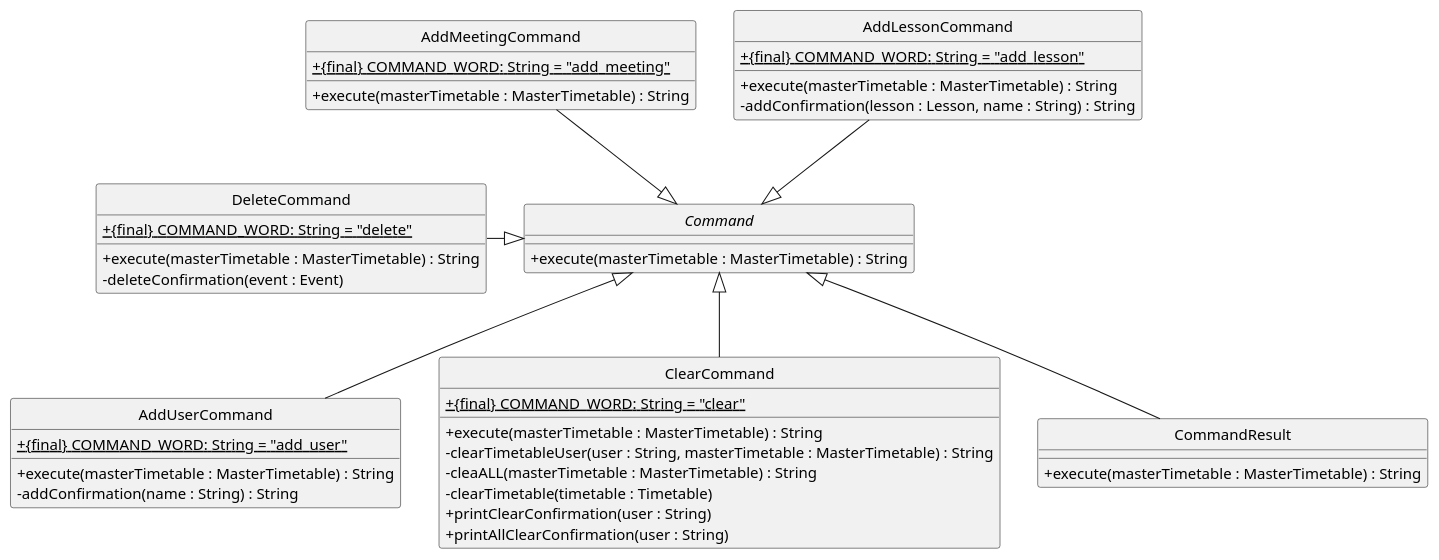
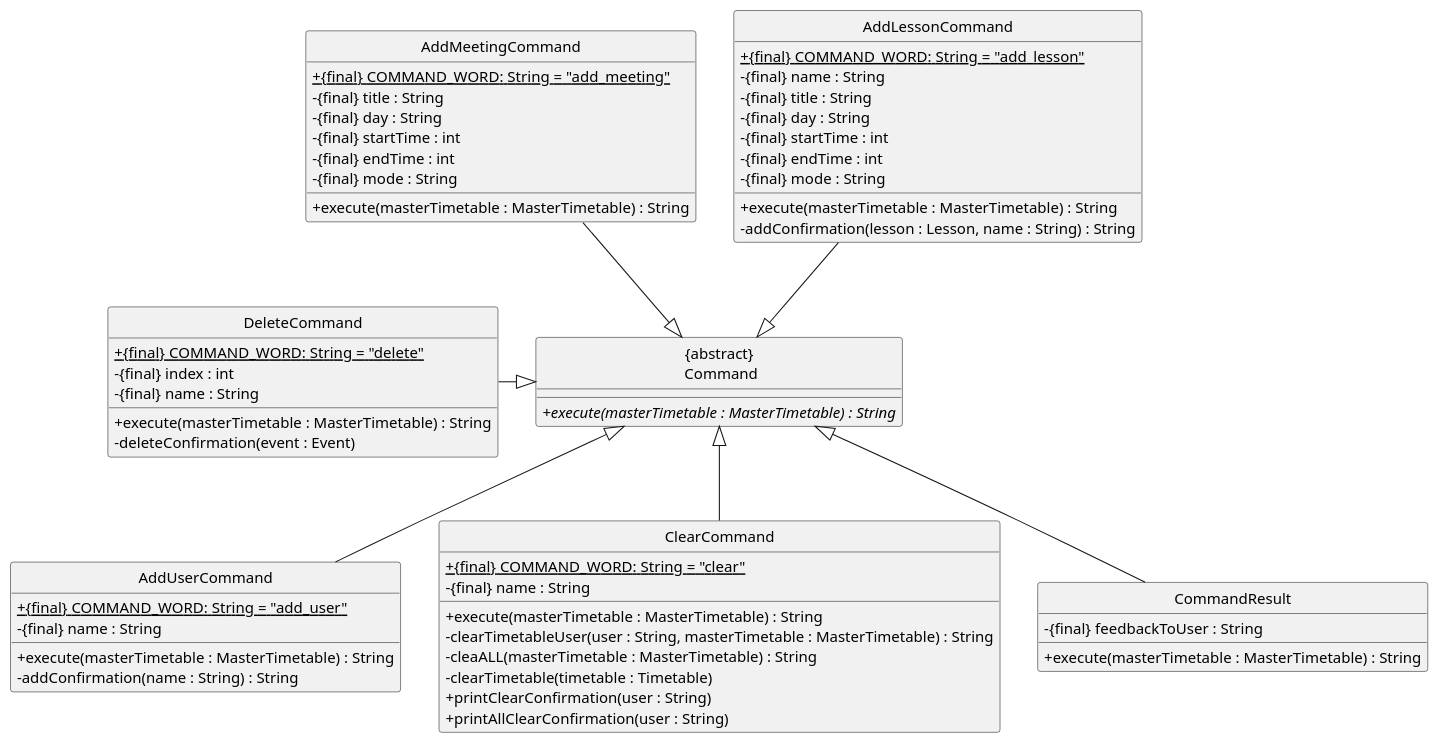
Before and after one commit to nus-cs2113-AY2122S2/tp: the diagram in docs/diagrams/CommandClassDiagram1.puml, drawn with PlantUML. The commit also changed 5 other files, not shown here.

Commit message:
make changes to class diagrams and user guide

```diff
--- a/docs/diagrams/CommandClassDiagram1.puml
+++ b/docs/diagrams/CommandClassDiagram1.puml
@@ -1,55 +1,71 @@
 @startuml
 'https://plantuml.com/class-diagram
 
 hide circle
 skinparam classAttributeIconSize 0
 
-Command <|-up- AddLessonCommand
-Command <|-up- AddMeetingCommand
-Command <|-- AddUserCommand
-Command <|-- ClearCommand
-Command <|-- CommandResult
-Command <|-left- DeleteCommand
+"{abstract}\n Command" <|-up- AddLessonCommand
+"{abstract}\n Command" <|-up- AddMeetingCommand
+"{abstract}\n Command" <|-- AddUserCommand
+"{abstract}\n Command" <|-- ClearCommand
+"{abstract}\n Command" <|-- CommandResult
+"{abstract}\n Command" <|-left- DeleteCommand
 
 class AddLessonCommand {
 + {static} {final} COMMAND_WORD: String = "add_lesson"
+- {final} name : String
+- {final} title : String
+- {final} day : String
+- {final} startTime : int
+- {final} endTime : int
+- {final} mode : String
 + execute(masterTimetable : MasterTimetable) : String
 - addConfirmation(lesson : Lesson, name : String) : String
 }
 
 class AddMeetingCommand {
 + {static} {final} COMMAND_WORD: String = "add_meeting"
+- {final} title : String
+- {final} day : String
+- {final} startTime : int
+- {final} endTime : int
+- {final} mode : String
 + execute(masterTimetable : MasterTimetable) : String
 }
 
 class AddUserCommand {
 + {static} {final} COMMAND_WORD: String = "add_user"
+- {final} name : String
 + execute(masterTimetable : MasterTimetable) : String
 - addConfirmation(name : String) : String
 }
 
 class ClearCommand {
 + {static} {final} COMMAND_WORD: String = "clear"
+- {final} name : String
 + execute(masterTimetable : MasterTimetable) : String
 - clearTimetableUser(user : String, masterTimetable : MasterTimetable) : String
 - cleaALL(masterTimetable : MasterTimetable) : String
 - clearTimetable(timetable : Timetable)
 + printClearConfirmation(user : String)
 + printAllClearConfirmation(user : String)
 }
 
 class CommandResult {
 + execute(masterTimetable : MasterTimetable) : String
+- {final} feedbackToUser : String
 }
 
-abstract class Command {
-+ execute(masterTimetable : MasterTimetable) : String
+class "{abstract}\n Command" {
++ {abstract} execute(masterTimetable : MasterTimetable) : String
 }
 
 class DeleteCommand {
 + {static} {final} COMMAND_WORD: String = "delete"
+- {final} index : int
+- {final} name : String
 + execute(masterTimetable : MasterTimetable) : String
 - deleteConfirmation(event : Event)
 }
 
 @enduml
```
